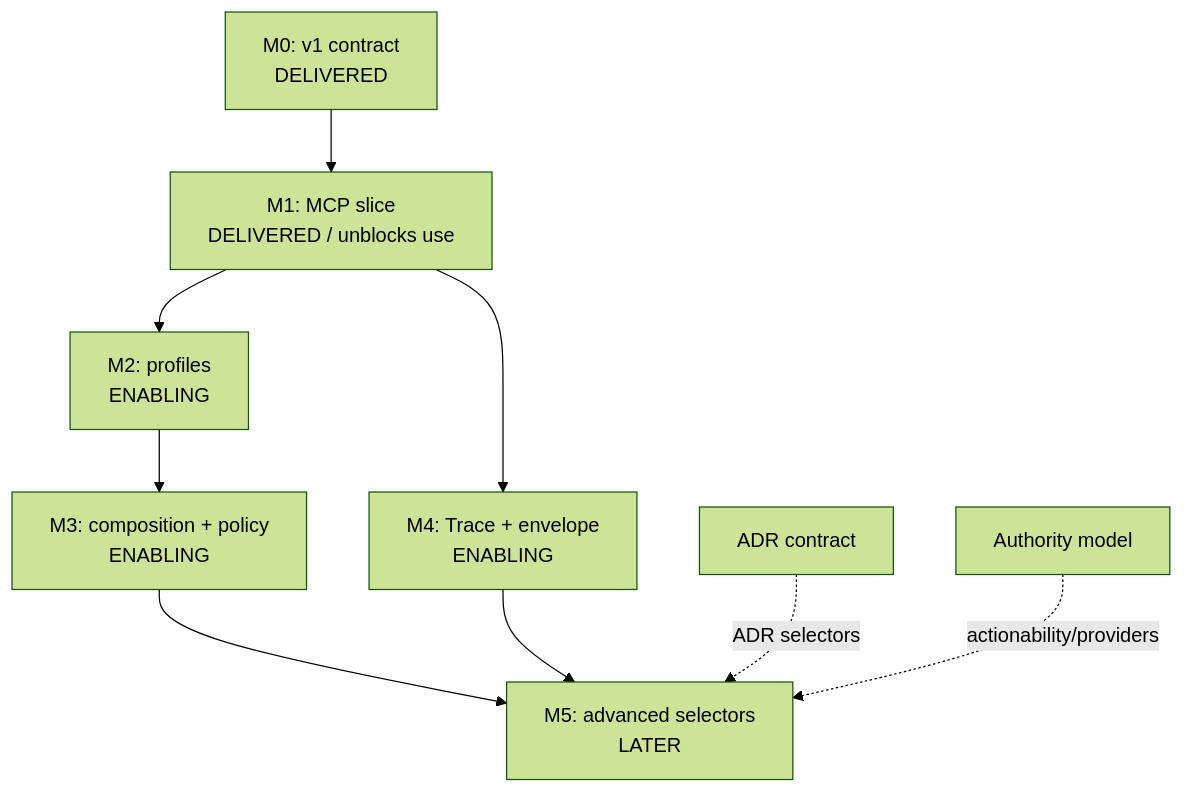
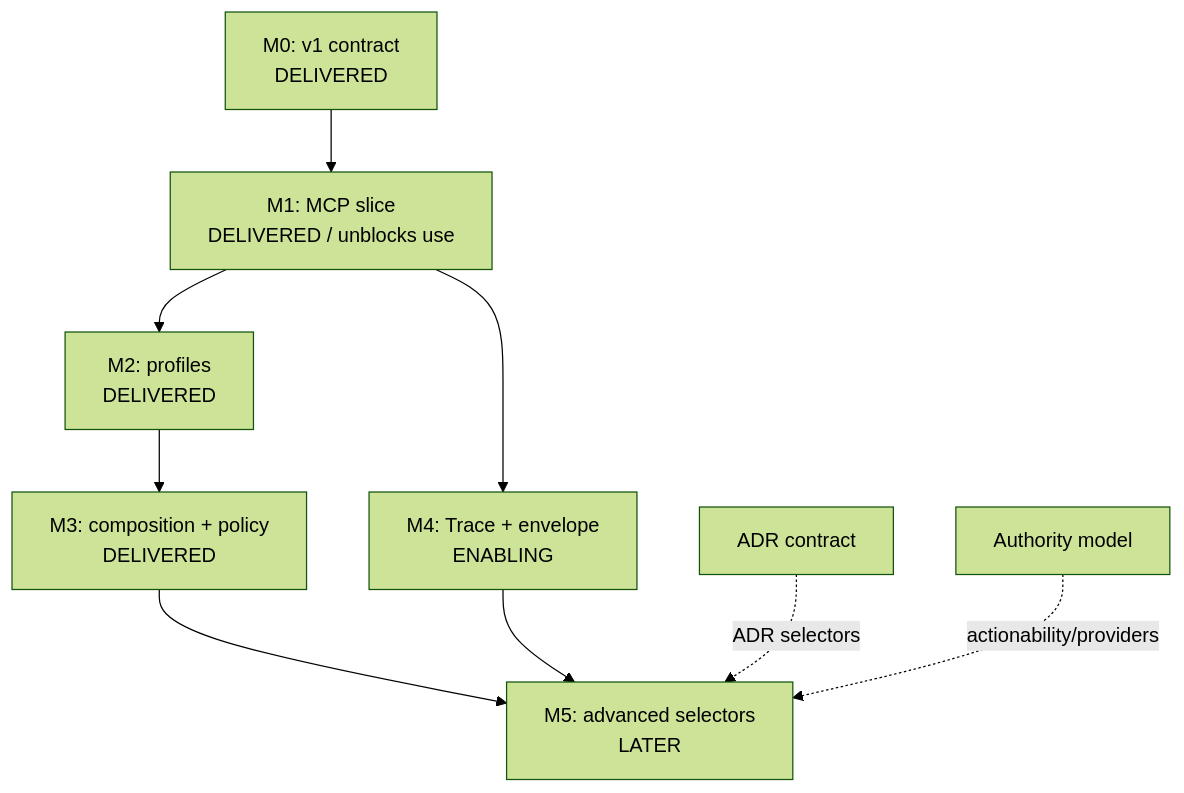
Before and after one commit to jnl-tshi/memory-seed: the second of 2 diagrams in docs/2_Todo/declarative-retrieval-specification-proposal.md, drawn with Mermaid (forest theme). The commit also changed other lines of this file and 33 other files, not shown here.

````diff
--- a/docs/2_Todo/declarative-retrieval-specification-proposal.md
+++ b/docs/2_Todo/declarative-retrieval-specification-proposal.md
@@ -367,11 +388,11 @@
 ```mermaid
 flowchart TD
   M0["M0: v1 contract<br>DELIVERED"] --> M1["M1: MCP slice<br>DELIVERED / unblocks use"]
-  M1 --> M2["M2: profiles<br>ENABLING"]
-  M2 --> M3["M3: composition + policy<br>ENABLING"]
+  M1 --> M2["M2: profiles<br>DELIVERED"]
+  M2 --> M3["M3: composition + policy<br>DELIVERED"]
   M1 --> M4["M4: Trace + envelope<br>ENABLING"]
   M3 --> M5["M5: advanced selectors<br>LATER"]
   M4 --> M5
   ADR["ADR contract"] -. "ADR selectors" .-> M5
   AUTH["Authority model"] -. "actionability/providers" .-> M5
 ```
````
